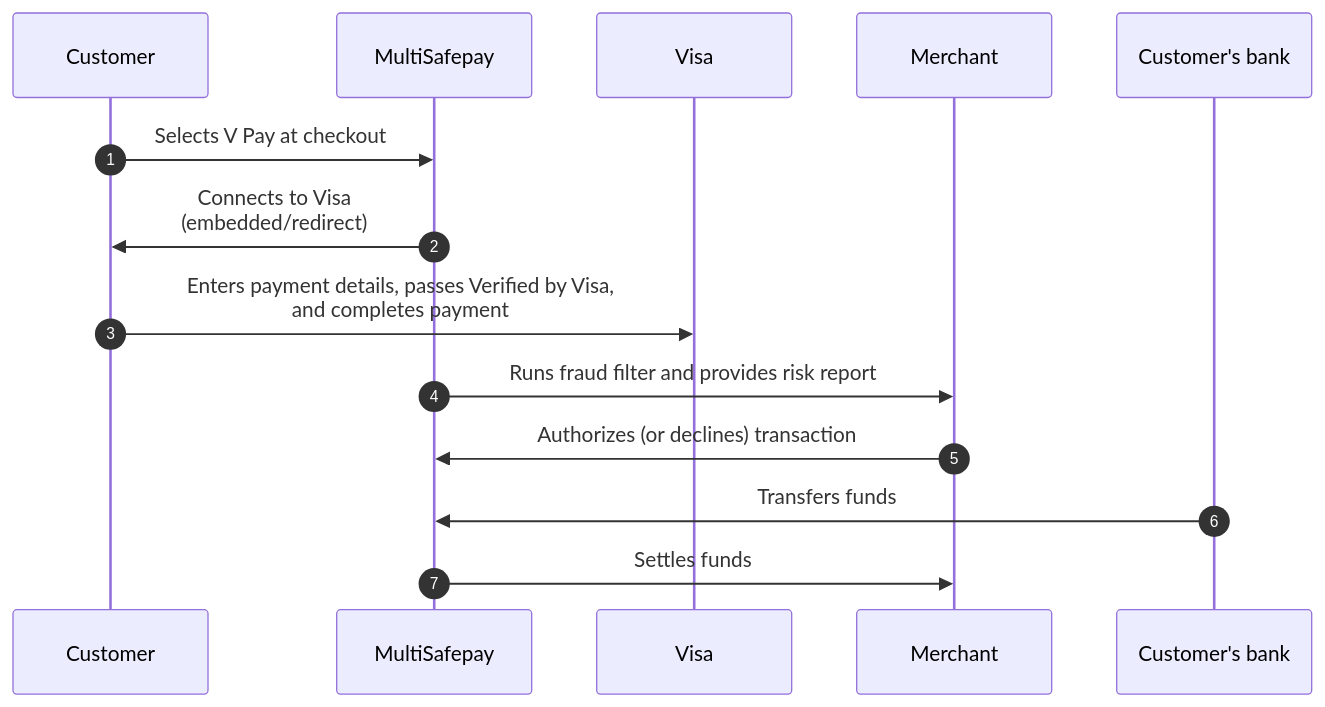
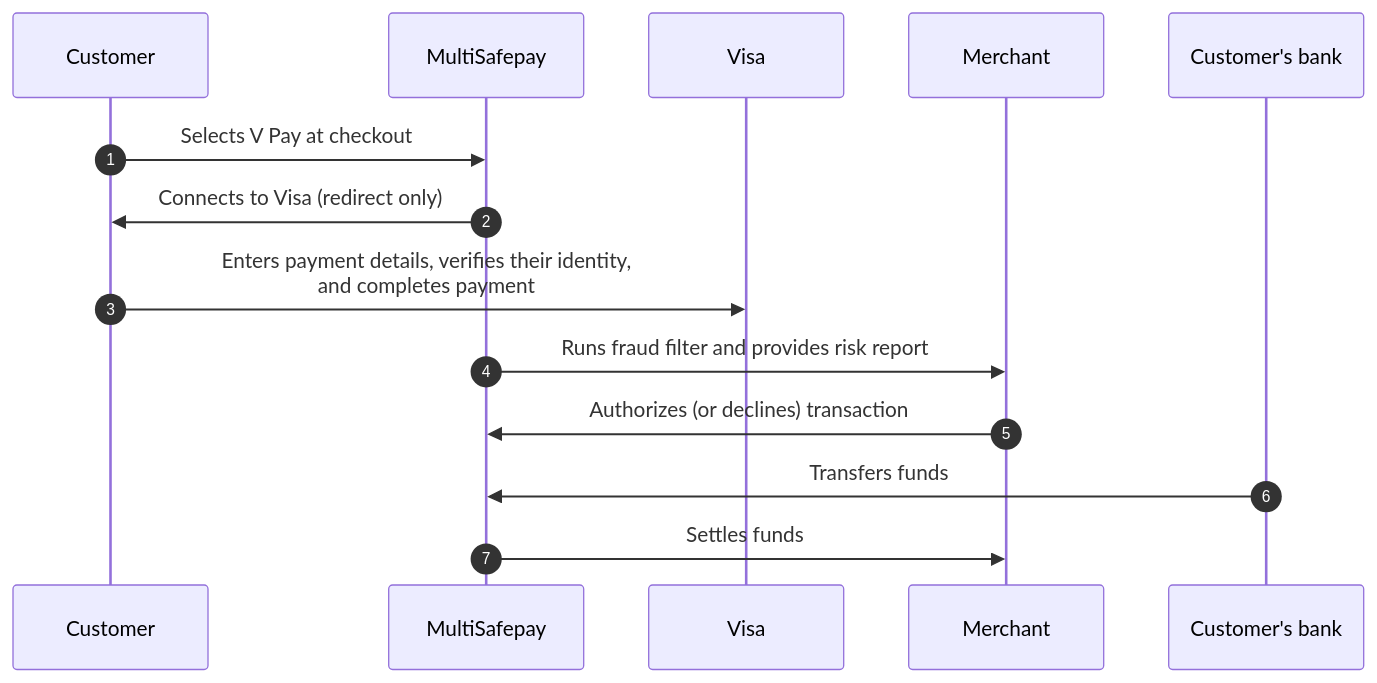
One commit to MultiSafepay/docs changed the diagram in content/payments/methods/credit-and-debit-cards/vpay/payment-flow.md. Above: the diagram before and after it, drawn with Mermaid. The commit also changed other lines of this file and 253 other files, not shown here.

```diff
--- a/content/payments/methods/credit-and-debit-cards/vpay/payment-flow.md
+++ b/content/payments/methods/credit-and-debit-cards/vpay/payment-flow.md
@@ -14,20 +14,20 @@
 {{< mermaid class="text-center" >}}
 
 sequenceDiagram
     autonumber
     participant C as Customer
     participant Mu as MultiSafepay
     participant V as Visa
     participant Me as Merchant
     participant CB as Customer's bank
 
     C->>Mu: Selects V Pay at checkout
-    Mu->>C: Connects to Visa <br> (embedded/redirect)
-    C->>V: Enters payment details, passes Verified by Visa, <br> and completes payment
+    Mu->>C: Connects to Visa (redirect only)
+    C->>V: Enters payment details, verifies their identity, <br> and completes payment
     Mu->>Me: Runs fraud filter and provides risk report
     Me->>Mu: Authorizes (or declines) transaction
     CB->>Mu: Transfers funds 
     Mu->>Me: Settles funds
        
 
 {{< /mermaid >}}
```
